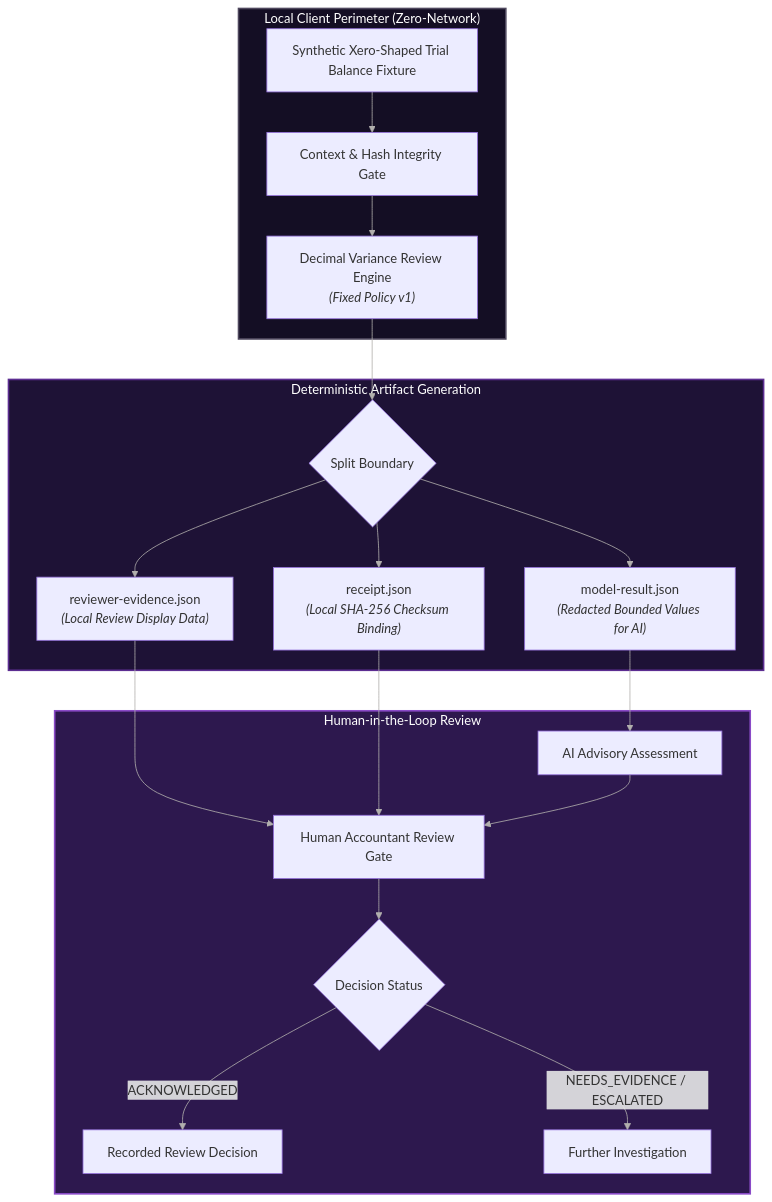
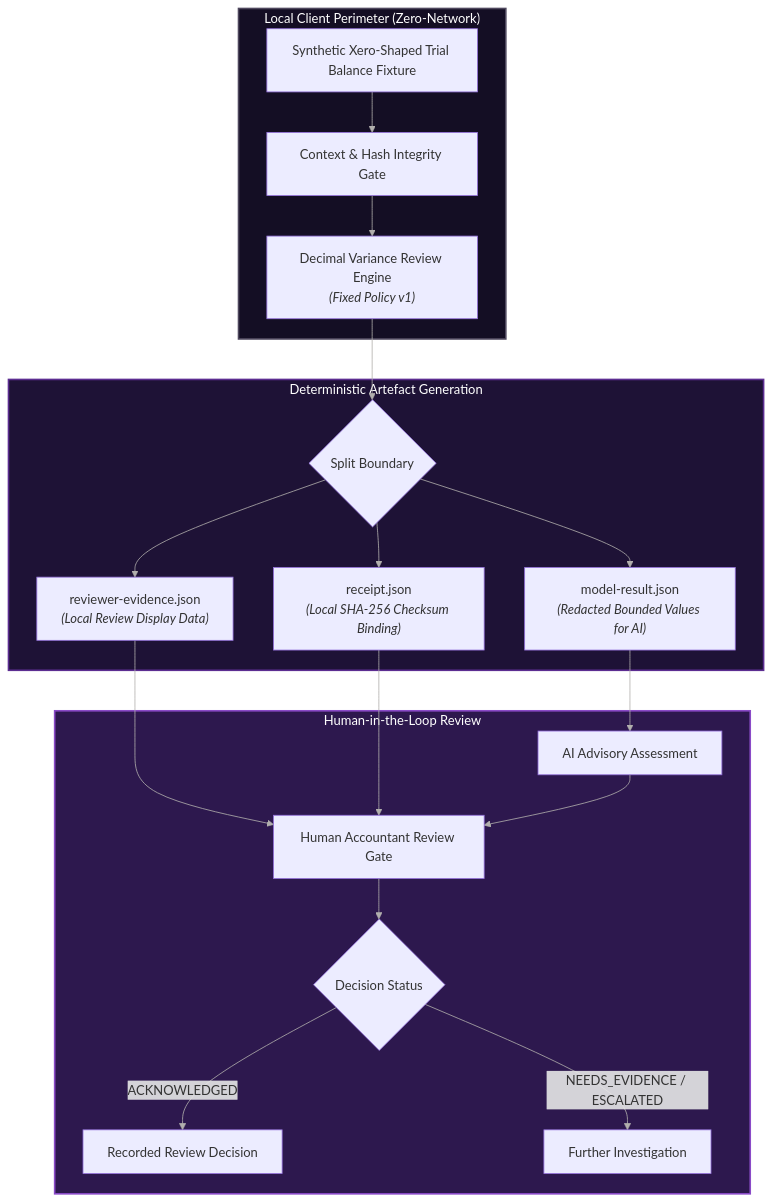
The diagram in packages/elizabeth-anne-alexander/README.md (ryanduguid/accounting-review-pipeline), drawn with Mermaid before and after one commit. The commit also changed 79 other files, not shown here.

````diff
--- a/packages/elizabeth-anne-alexander/README.md
+++ b/packages/elizabeth-anne-alexander/README.md
@@ -51,27 +51,27 @@
 ```mermaid
 %%{init: {"themeVariables": {"lineColor": "#B1AFAD"}}}%%
 flowchart TD
     subgraph ClientPerimeter ["Local Client Perimeter (Zero-Network)"]
         Raw["Synthetic Xero-Shaped Trial Balance Fixture"] --> Validate["Context & Hash Integrity Gate"]
         Validate --> Engine["Decimal Variance Review Engine<br/><i>(Fixed Policy v1)</i>"]
     end
 
-    subgraph ArtifactSplit ["Deterministic Artifact Generation"]
+    subgraph ArtifactSplit ["Deterministic Artefact Generation"]
         Engine --> Split{"Split Boundary"}
         Split --> Model["model-result.json<br/><i>(Redacted Bounded Values for AI)</i>"]
         Split --> Evidence["reviewer-evidence.json<br/><i>(Local Review Display Data)</i>"]
         Split --> Receipt["receipt.json<br/><i>(Local SHA-256 Checksum Binding)</i>"]
     end
 
     subgraph Governance ["Human-in-the-Loop Review"]
         Model --> LLM["AI Advisory Assessment"]
         Evidence & Receipt & LLM --> Reviewer["Human Accountant Review Gate"]
         Reviewer --> Decision{"Decision Status"}
         Decision -->|ACKNOWLEDGED| Done["Recorded Review Decision"]
         Decision -->|NEEDS_EVIDENCE / ESCALATED| Action["Further Investigation"]
     end
 
     style ClientPerimeter fill:#140E24,stroke:#4F485E,stroke-width:2px,color:#FFFFFF
     style ArtifactSplit fill:#1E1236,stroke:#5C2D91,stroke-width:2px,color:#FFFFFF
     style Governance fill:#2D184E,stroke:#8A4AC7,stroke-width:2px,color:#FFFFFF
 ```
````
